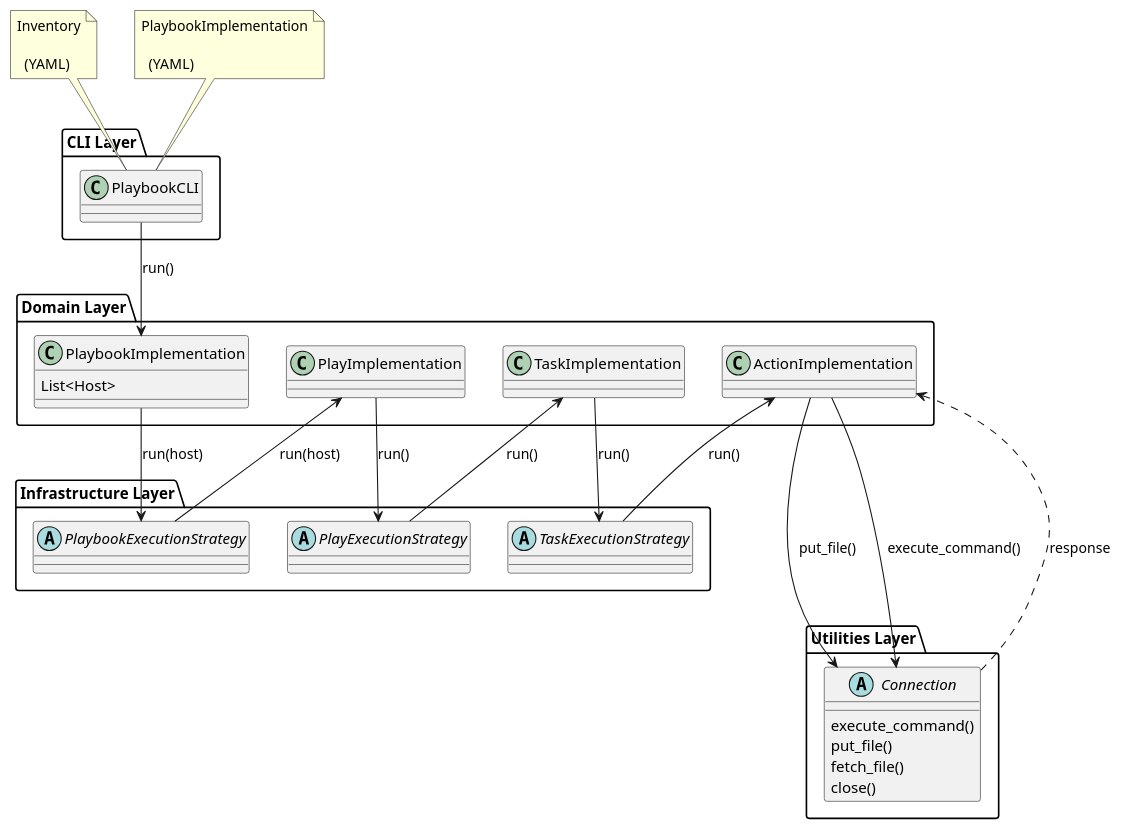
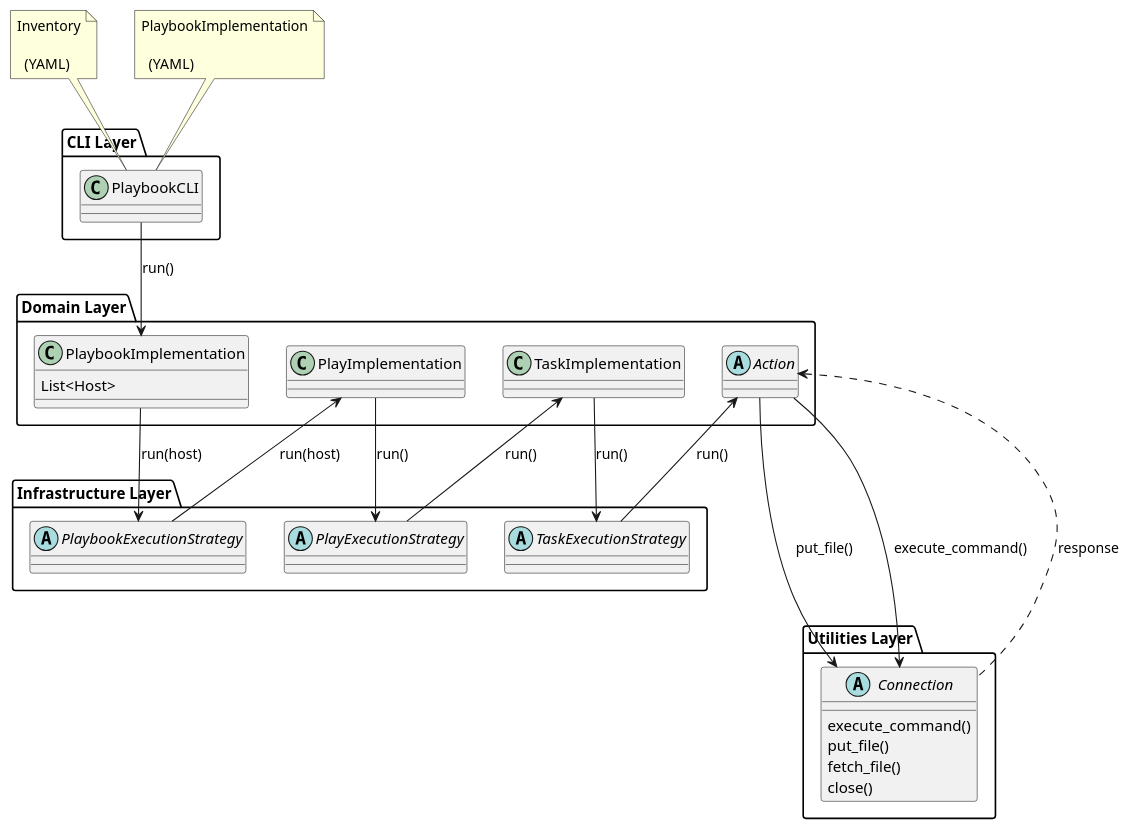
One commit to ezequiels/nazz changed the diagram in project/uml/engineFuncRevisedFinal.puml. Above: the diagram before and after it, drawn with PlantUML.

Commit message:
Domain Layer extraction diagrams.

```diff
--- a/project/uml/engineFuncRevisedFinal.puml
+++ b/project/uml/engineFuncRevisedFinal.puml
@@ -1,81 +1,81 @@
 @startuml
 
 skinparam backgroundcolor transparent
 
 package "Utilities Layer" {
 
     abstract Connection
     Connection : execute_command()
     Connection : put_file()
     Connection : fetch_file()
     Connection : close()
 }
 
 Package "CLI Layer" {
     class PlaybookCLI
 }
 
 note as n1
 Inventory
 
   (YAML)
 end note
 
 n1..> PlaybookCLI
 
 note as n2
 PlaybookImplementation
 
   (YAML)
 end note
 
 n2..> PlaybookCLI
 
 
 Package "Domain Layer" {
 
     class PlaybookImplementation
     PlaybookImplementation : List<Host>
 '    PlaybookImplementation -> PlayImplementation : run(host)
     PlaybookCLI --> PlaybookImplementation : run()
 
     class PlayImplementation
 '    PlayImplementation -> TaskImplementation : run()
 
     class TaskImplementation
-'    TaskImplementation -> ActionImplementation : run()
+'    TaskImplementation -> Action : run()
 
-    class ActionImplementation
-'    ActionImplementation : run()
-    ActionImplementation ---> Connection : put_file()
-    ActionImplementation --> Connection : execute_command()
-    ActionImplementation <.. Connection : response
+    abstract Action
+'    Action : run()
+    Action ---> Connection : put_file()
+    Action --> Connection : execute_command()
+    Action <.. Connection : response
 }
 
 Package "Infrastructure Layer" {
 
     abstract PlaybookExecutionStrategy
 '    PlaybookExecutor : run()
         PlaybookImplementation --> PlaybookExecutionStrategy : run(host)
         PlaybookExecutionStrategy --> PlayImplementation : run(host)
 
     abstract PlayExecutionStrategy
         PlayImplementation --> PlayExecutionStrategy : run()
         PlayExecutionStrategy --> TaskImplementation : run()
 '        TaskQueueManager <.. TaskImplementation : result
 
 '    class ConcurrencyStrategy
 '    StrategyBase : run(PlayIterator, PlayContext)
 '    StrategyBase -> WorkerProcess : run()
 '    StrategyBase <. WorkerProcess : result
 
     abstract TaskExecutionStrategy
         TaskImplementation --> TaskExecutionStrategy : run()
-        TaskExecutionStrategy --> ActionImplementation : run()
+        TaskExecutionStrategy --> Action : run()
 '    TaskExecutor : host
 '    TaskExecutor -> ActionBase : run()
 '    TaskExecutor <.. ActionBase : data
 
 }
 
 @enduml
```
